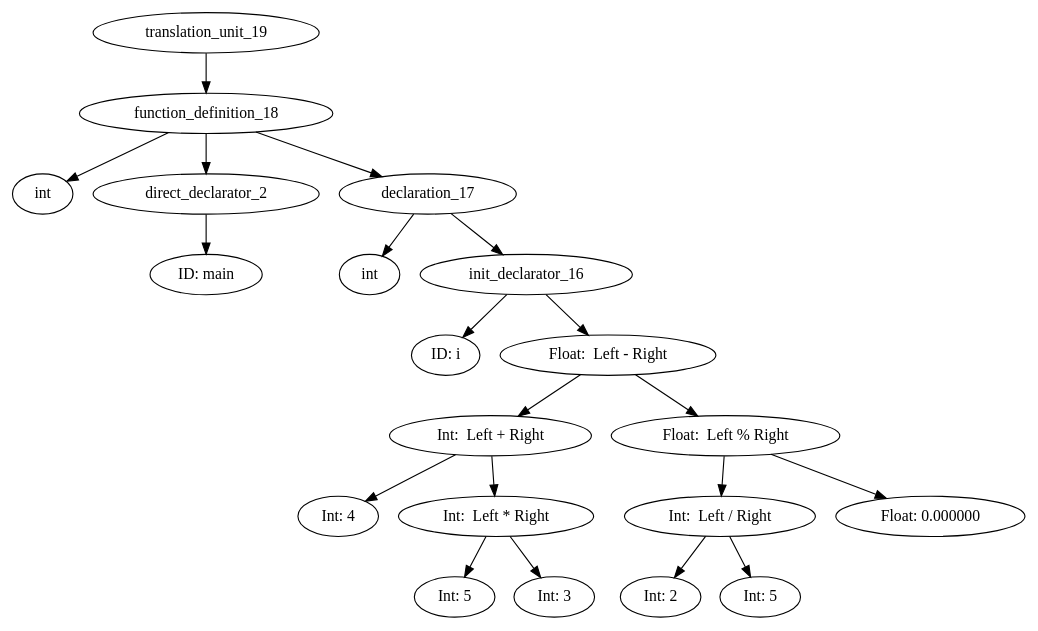
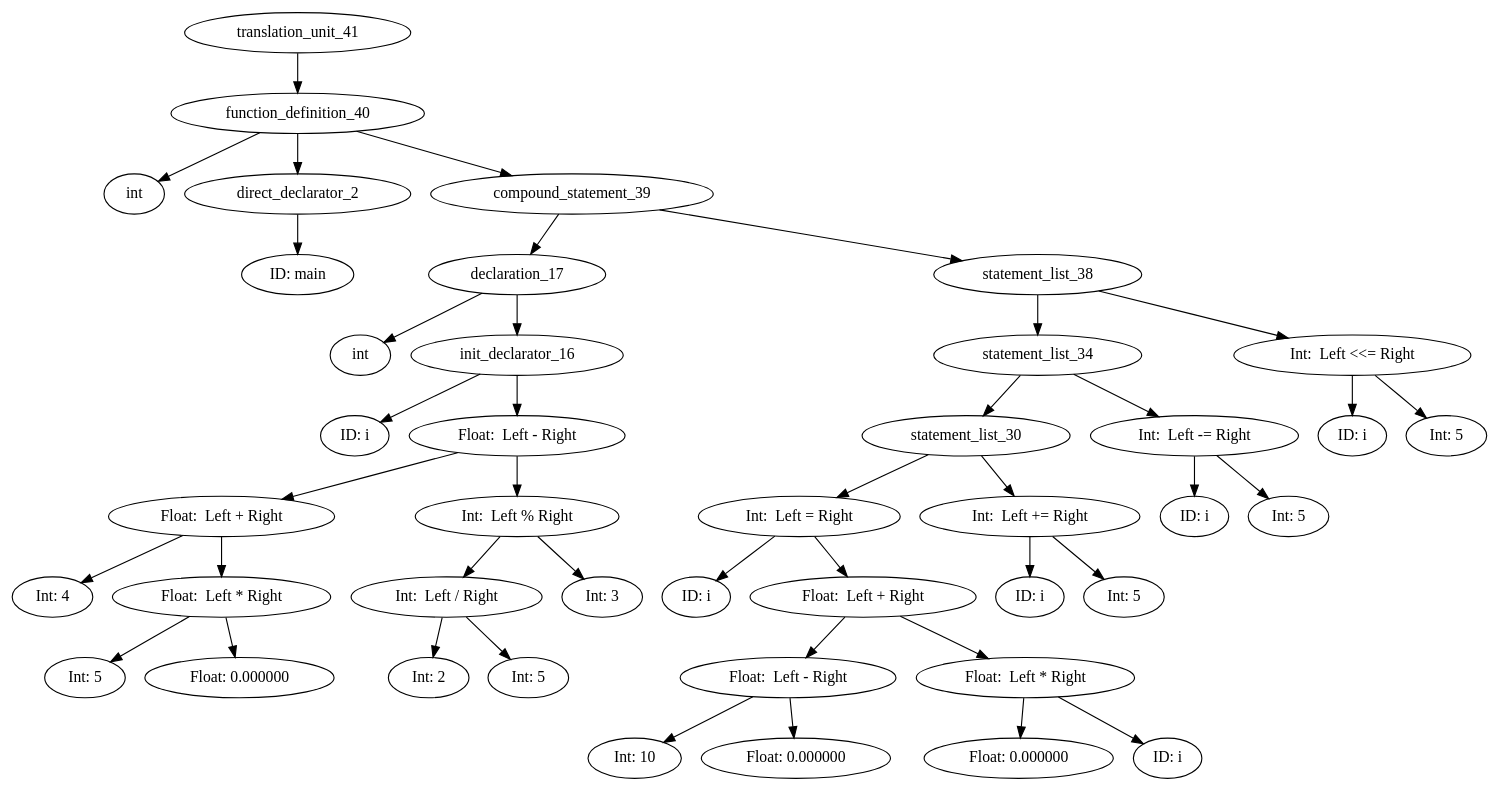
One commit to ahpalmerUNR/c_compiler changed the diagram in graphs/default.gv. Above: the diagram before and after it, drawn with Graphviz. The commit also changed 8 other files, not shown here.

Commit message:
added node for assignment_expression

```diff
--- a/graphs/default.gv
+++ b/graphs/default.gv
@@ -1,36 +1,76 @@
 digraph AST {
-	translation_unit_19 -> function_definition_18;
-	function_definition_18 -> type_specifier_0;
+	translation_unit_41 -> function_definition_40;
+	function_definition_40 -> type_specifier_0;
 	type_specifier_0 [label="int"]
-	function_definition_18 -> direct_declarator_2;
+	function_definition_40 -> direct_declarator_2;
 	direct_declarator_2 -> identifier_1;
 	identifier_1 [label="ID: main"]
-	function_definition_18 -> declaration_17;
+	function_definition_40 -> compound_statement_39;
+	compound_statement_39 -> declaration_17;
 	declaration_17 -> type_specifier_3;
 	type_specifier_3 [label="int"]
 	declaration_17 -> init_declarator_16;
 	init_declarator_16 -> identifier_4;
 	identifier_4 [label="ID: i"]
 	init_declarator_16 -> unary_expression_15;
 	unary_expression_15 [label="Float:  Left - Right"]
 	unary_expression_15 -> unary_expression_9;
-	unary_expression_9 [label="Int:  Left + Right"]
+	unary_expression_9 [label="Float:  Left + Right"]
 	unary_expression_9 -> constant_5;
 	constant_5 [label="Int: 4"]
 	unary_expression_9 -> unary_expression_8;
-	unary_expression_8 [label="Int:  Left * Right"]
+	unary_expression_8 [label="Float:  Left * Right"]
 	unary_expression_8 -> constant_6;
 	constant_6 [label="Int: 5"]
 	unary_expression_8 -> constant_7;
-	constant_7 [label="Int: 3"]
+	constant_7 [label="Float: 0.000000"]
 	unary_expression_15 -> unary_expression_14;
-	unary_expression_14 [label="Float:  Left % Right"]
+	unary_expression_14 [label="Int:  Left % Right"]
 	unary_expression_14 -> unary_expression_12;
 	unary_expression_12 [label="Int:  Left / Right"]
 	unary_expression_12 -> constant_10;
 	constant_10 [label="Int: 2"]
 	unary_expression_12 -> constant_11;
 	constant_11 [label="Int: 5"]
 	unary_expression_14 -> constant_13;
-	constant_13 [label="Float: 0.000000"]
+	constant_13 [label="Int: 3"]
+	compound_statement_39 -> statement_list_38;
+	statement_list_38 -> statement_list_34;
+	statement_list_34 -> statement_list_30;
+	statement_list_30 -> assignment_expression_26;
+	assignment_expression_26 [label="Int:  Left = Right"]
+	assignment_expression_26 -> identifier_18;
+	identifier_18 [label="ID: i"]
+	assignment_expression_26 -> unary_expression_25;
+	unary_expression_25 [label="Float:  Left + Right"]
+	unary_expression_25 -> unary_expression_21;
+	unary_expression_21 [label="Float:  Left - Right"]
+	unary_expression_21 -> constant_19;
+	constant_19 [label="Int: 10"]
+	unary_expression_21 -> constant_20;
+	constant_20 [label="Float: 0.000000"]
+	unary_expression_25 -> unary_expression_24;
+	unary_expression_24 [label="Float:  Left * Right"]
+	unary_expression_24 -> constant_22;
+	constant_22 [label="Float: 0.000000"]
+	unary_expression_24 -> identifier_23;
+	identifier_23 [label="ID: i"]
+	statement_list_30 -> assignment_expression_29;
+	assignment_expression_29 [label="Int:  Left += Right"]
+	assignment_expression_29 -> identifier_27;
+	identifier_27 [label="ID: i"]
+	assignment_expression_29 -> constant_28;
+	constant_28 [label="Int: 5"]
+	statement_list_34 -> assignment_expression_33;
+	assignment_expression_33 [label="Int:  Left -= Right"]
+	assignment_expression_33 -> identifier_31;
+	identifier_31 [label="ID: i"]
+	assignment_expression_33 -> constant_32;
+	constant_32 [label="Int: 5"]
+	statement_list_38 -> assignment_expression_37;
+	assignment_expression_37 [label="Int:  Left <<= Right"]
+	assignment_expression_37 -> identifier_35;
+	identifier_35 [label="ID: i"]
+	assignment_expression_37 -> constant_36;
+	constant_36 [label="Int: 5"]
 }
```
